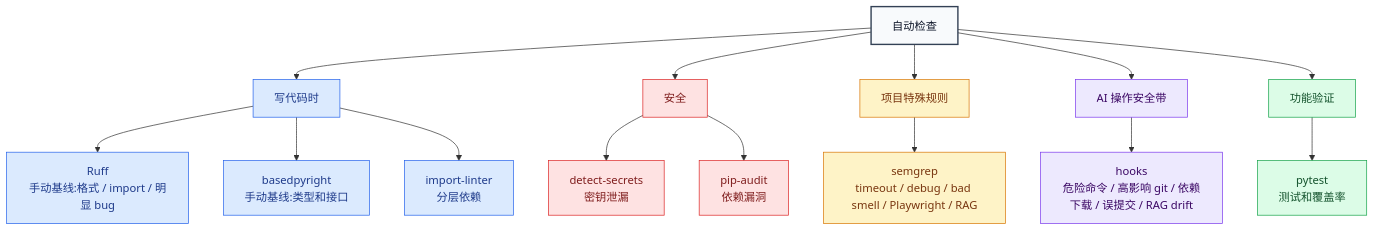
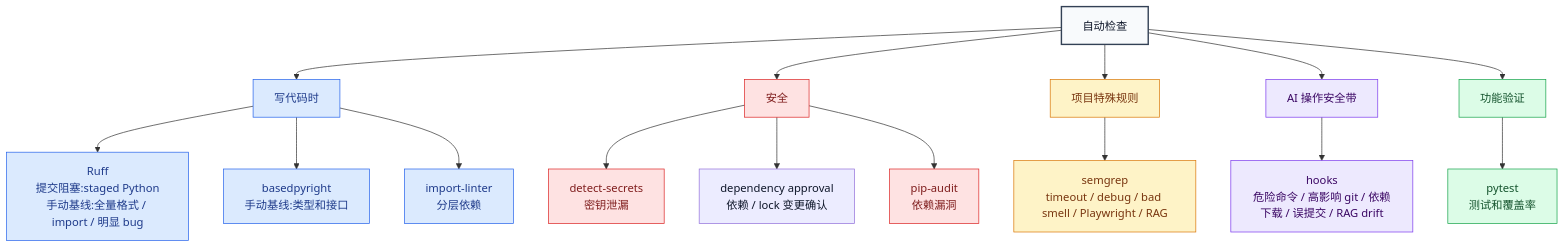
The diagram in docs/TOOLING_CONTRACTS.md (320432893-cell/on-call-assistant), drawn with Mermaid before and after one commit. The commit also changed other lines of this file and 41 other files, not shown here.

````diff
--- a/docs/TOOLING_CONTRACTS.md
+++ b/docs/TOOLING_CONTRACTS.md
@@ -13,36 +13,37 @@
 ```mermaid
 flowchart TD
     ROOT[自动检查]
 
     ROOT --> CODE[写代码时]
-    CODE --> RUFF[Ruff<br/>手动基线:格式 / import / 明显 bug]
+    CODE --> RUFF[Ruff<br/>提交阻塞:staged Python<br/>手动基线:全量格式 / import / 明显 bug]
     CODE --> TYPE[basedpyright<br/>手动基线:类型和接口]
     CODE --> LAYER[import-linter<br/>分层依赖]
 
     ROOT --> SAFE[安全]
     SAFE --> SECRET[detect-secrets<br/>密钥泄漏]
+    SAFE --> DEPAPPROVAL[dependency approval<br/>依赖 / lock 变更确认]
     SAFE --> AUDIT[pip-audit<br/>依赖漏洞]
 
     ROOT --> PROJECT[项目特殊规则]
     PROJECT --> SEMGREP[semgrep<br/>timeout / debug / bad smell / Playwright / RAG]
 
     ROOT --> AI[AI 操作安全带]
     AI --> HOOKS[hooks<br/>危险命令 / 高影响 git / 依赖下载 / 误提交 / RAG drift]
 
     ROOT --> TEST[功能验证]
     TEST --> PYTEST[pytest<br/>测试和覆盖率]
 
     classDef root fill:#f8fafc,stroke:#334155,stroke-width:2px,color:#0f172a
     classDef code fill:#dbeafe,stroke:#2563eb,color:#1e3a8a
     classDef safe fill:#fee2e2,stroke:#dc2626,color:#7f1d1d
     classDef project fill:#fef3c7,stroke:#d97706,color:#78350f
     classDef ai fill:#ede9fe,stroke:#7c3aed,color:#3b0764
     classDef test fill:#dcfce7,stroke:#16a34a,color:#14532d
 
     class ROOT root
     class CODE,RUFF,TYPE,LAYER code
     class SAFE,SECRET,AUDIT safe
     class PROJECT,SEMGREP project
     class AI,HOOKS ai
     class TEST,PYTEST test
 ```
````
